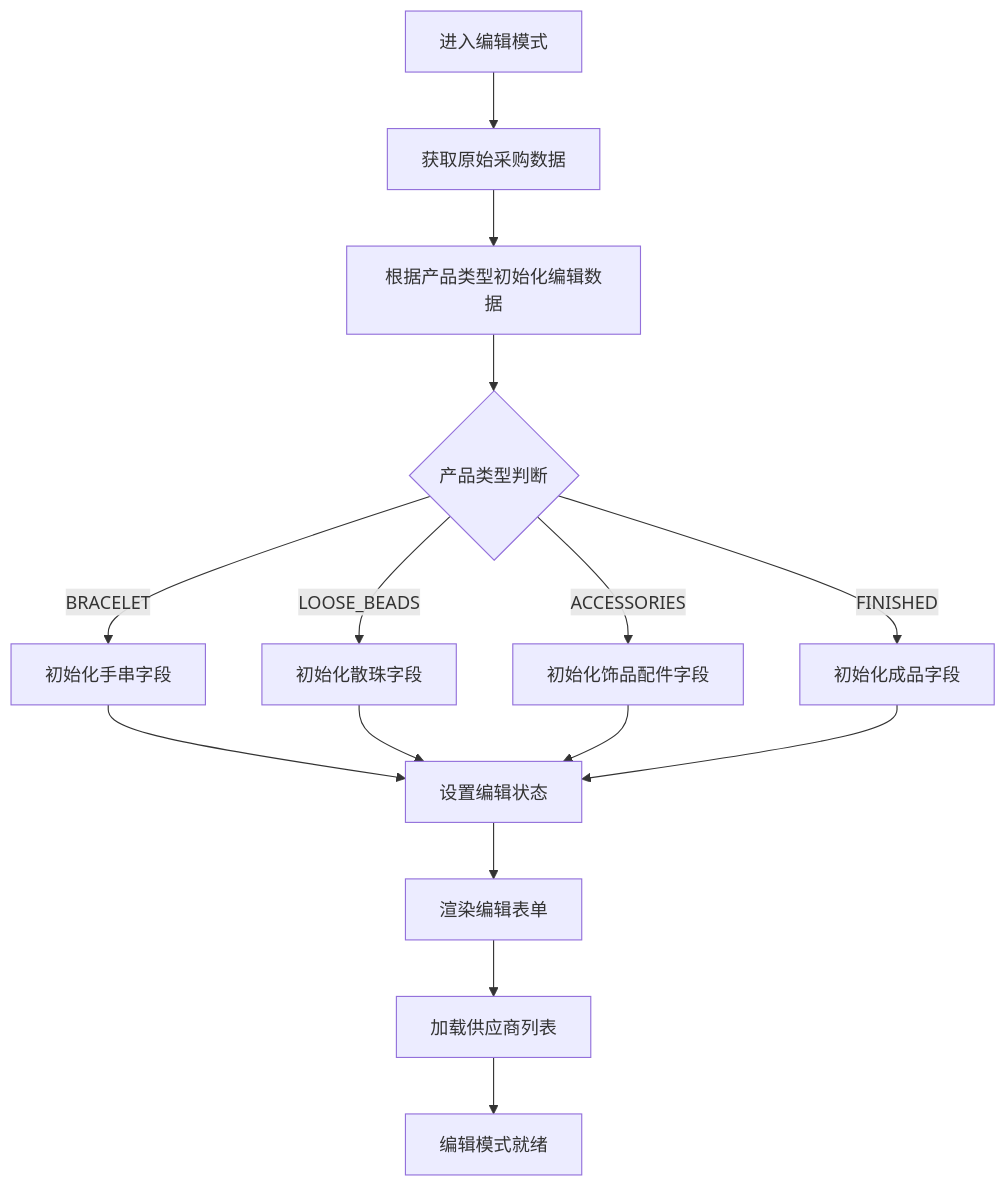
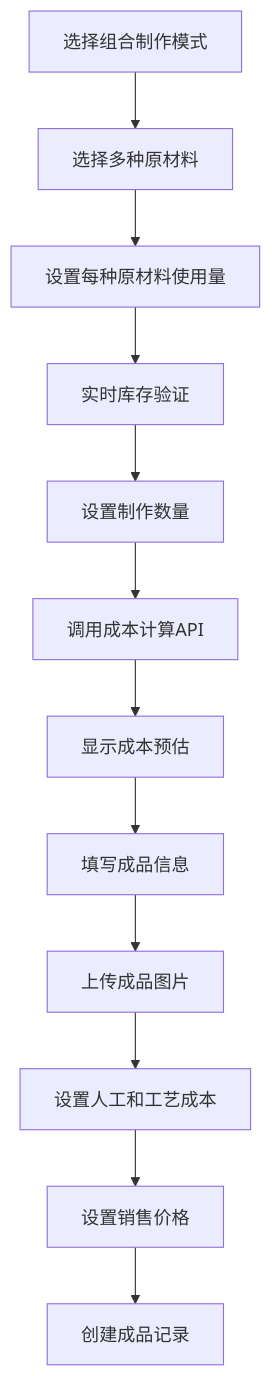
One commit to zhuoweishun/shuijing-erp changed the seventh of 14 diagrams in .trae/documents/05-业务流程详细规范文档.md. Above: the diagram before and after it, drawn with Mermaid. The commit also changed other lines of this file and 118 other files, not shown here.

````diff
--- a/.trae/documents/05-业务流程详细规范文档.md
+++ b/.trae/documents/05-业务流程详细规范文档.md
@@ -550,17 +259,14 @@
 ```mermaid
 flowchart TD
-    A[进入编辑模式] --> B[获取原始采购数据]
-    B --> C[根据产品类型初始化编辑数据]
-    C --> D{产品类型判断}
-    D -->|BRACELET| E[初始化手串字段]
-    D -->|LOOSE_BEADS| F[初始化散珠字段]
-    D -->|ACCESSORIES| G[初始化饰品配件字段]
-    D -->|FINISHED| H[初始化成品字段]
-    E --> I[设置编辑状态]
-    F --> I
-    G --> I
-    H --> I
-    I --> J[渲染编辑表单]
-    J --> K[加载供应商列表]
-    K --> L[编辑模式就绪]
+    A[选择组合制作模式] --> B[选择多种原材料]
+    B --> C[设置每种原材料使用量]
+    C --> D[实时库存验证]
+    D --> E[设置制作数量]
+    E --> F[调用成本计算API]
+    F --> G[显示成本预估]
+    G --> H[填写成品信息]
+    H --> I[上传成品图片]
+    I --> J[设置人工和工艺成本]
+    J --> K[设置销售价格]
+    K --> L[创建成品记录]
 ```
````
